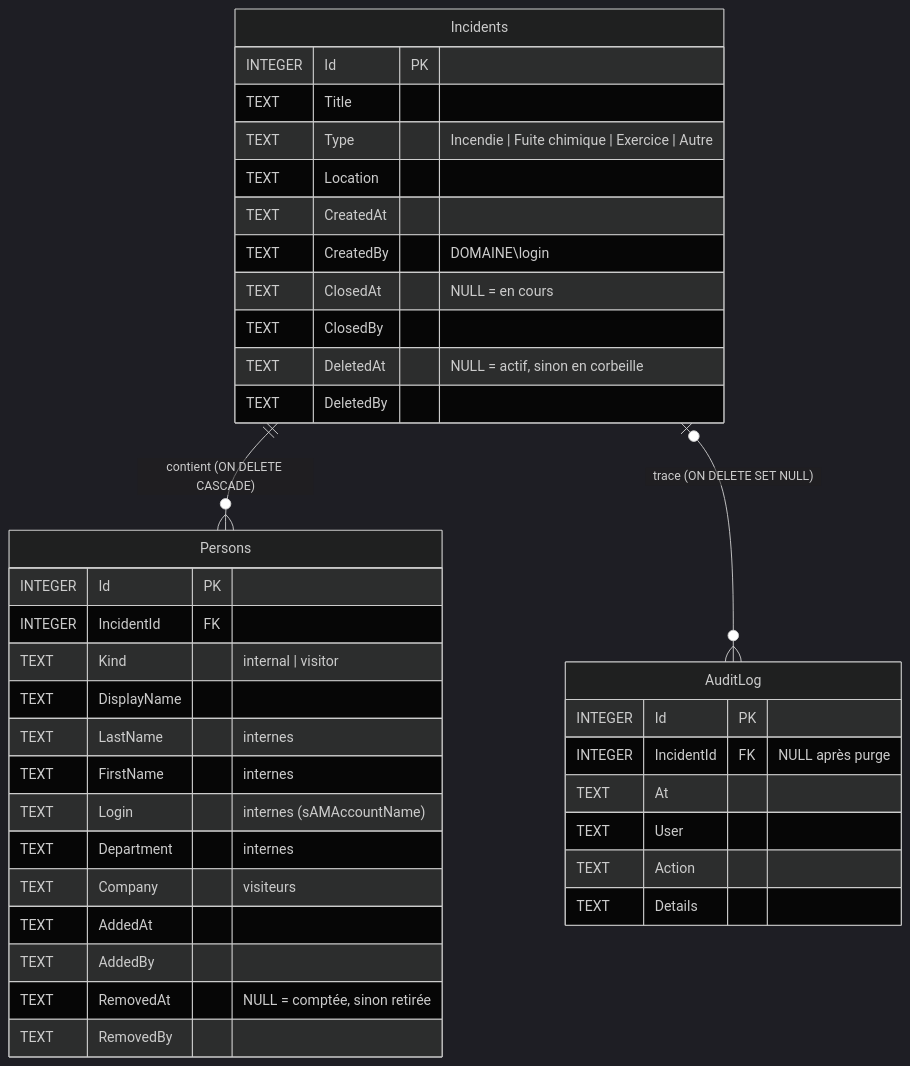
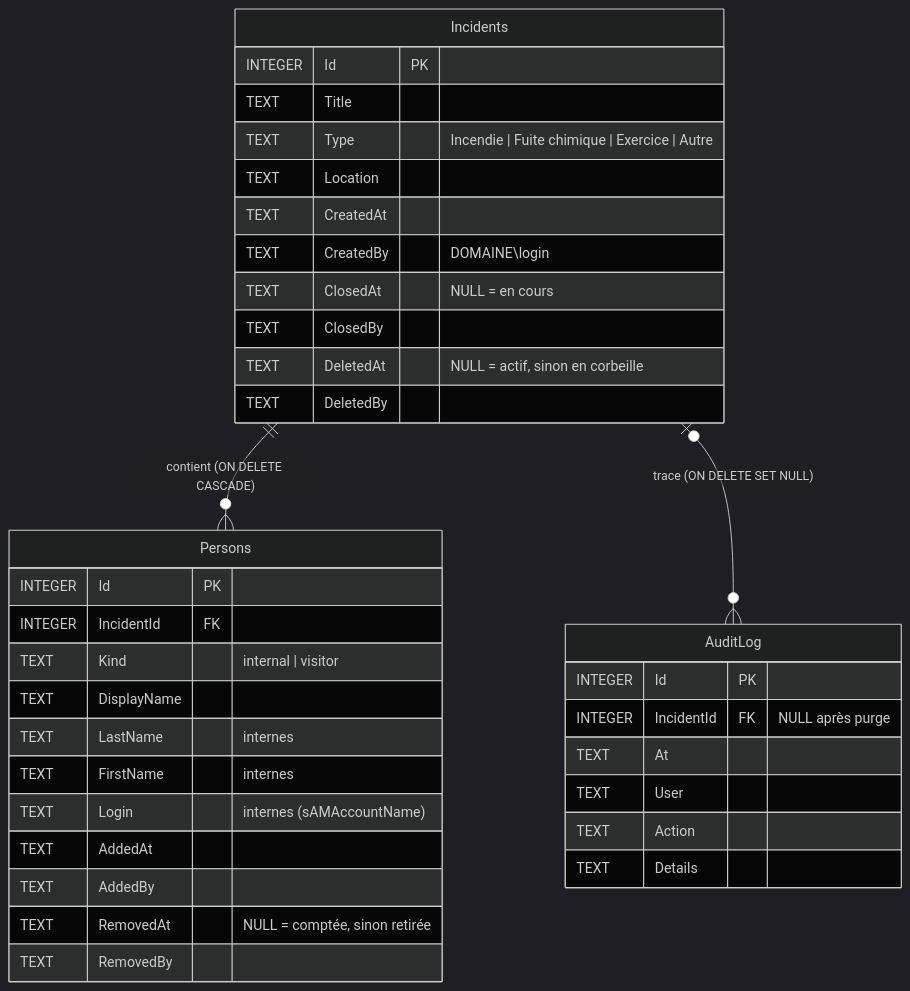
One commit to kallly/Comptage-LDAP changed the first of 3 diagrams in docs/05-donnees-et-corbeille.md. Above: the diagram before and after it, drawn with Mermaid (dark theme). The commit also changed other lines of this file and 20 other files, not shown here.

First line of the commit message:
Suppression des champs société (visiteurs) et service (internes)

````diff
--- a/docs/05-donnees-et-corbeille.md
+++ b/docs/05-donnees-et-corbeille.md
@@ -13,40 +13,38 @@
 ```mermaid
 erDiagram
     Incidents ||--o{ Persons : "contient (ON DELETE CASCADE)"
     Incidents |o--o{ AuditLog : "trace (ON DELETE SET NULL)"
     Incidents {
         INTEGER Id PK
         TEXT Title
         TEXT Type "Incendie | Fuite chimique | Exercice | Autre"
         TEXT Location
         TEXT CreatedAt
         TEXT CreatedBy "DOMAINE\\login"
         TEXT ClosedAt "NULL = en cours"
         TEXT ClosedBy
         TEXT DeletedAt "NULL = actif, sinon en corbeille"
         TEXT DeletedBy
     }
     Persons {
         INTEGER Id PK
         INTEGER IncidentId FK
         TEXT Kind "internal | visitor"
         TEXT DisplayName
         TEXT LastName "internes"
         TEXT FirstName "internes"
         TEXT Login "internes (sAMAccountName)"
-        TEXT Department "internes"
-        TEXT Company "visiteurs"
         TEXT AddedAt
         TEXT AddedBy
         TEXT RemovedAt "NULL = comptée, sinon retirée"
         TEXT RemovedBy
     }
     AuditLog {
         INTEGER Id PK
         INTEGER IncidentId FK "NULL après purge"
         TEXT At
         TEXT User
         TEXT Action
         TEXT Details
     }
 ```
````
